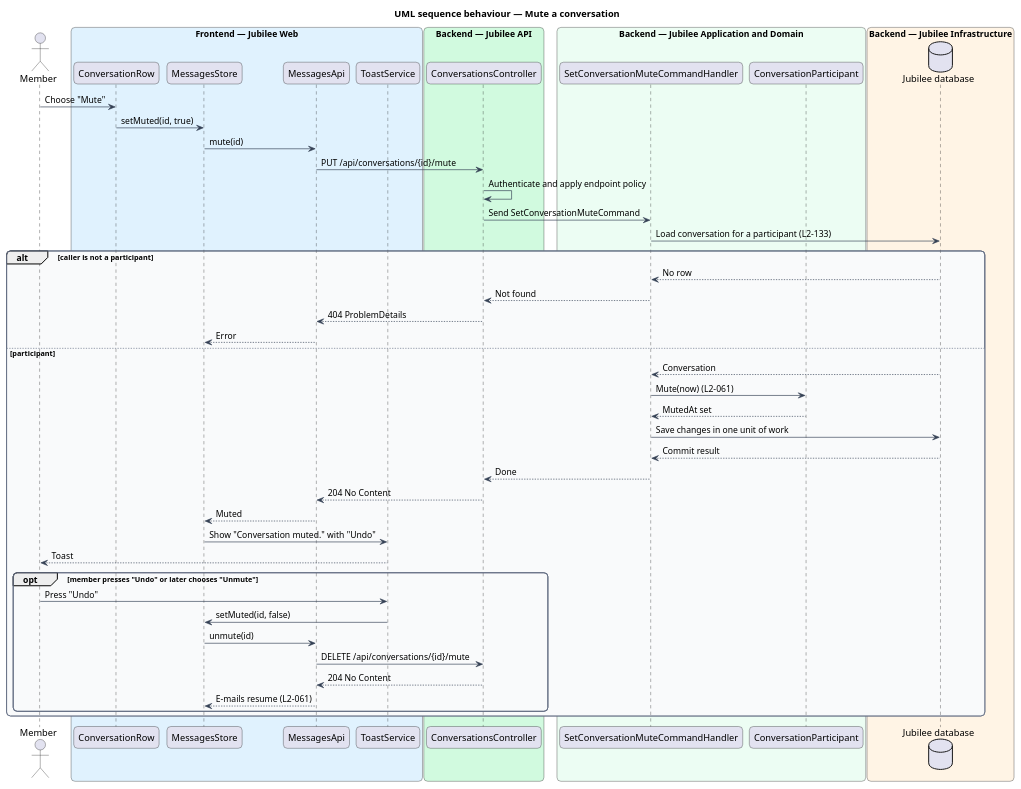
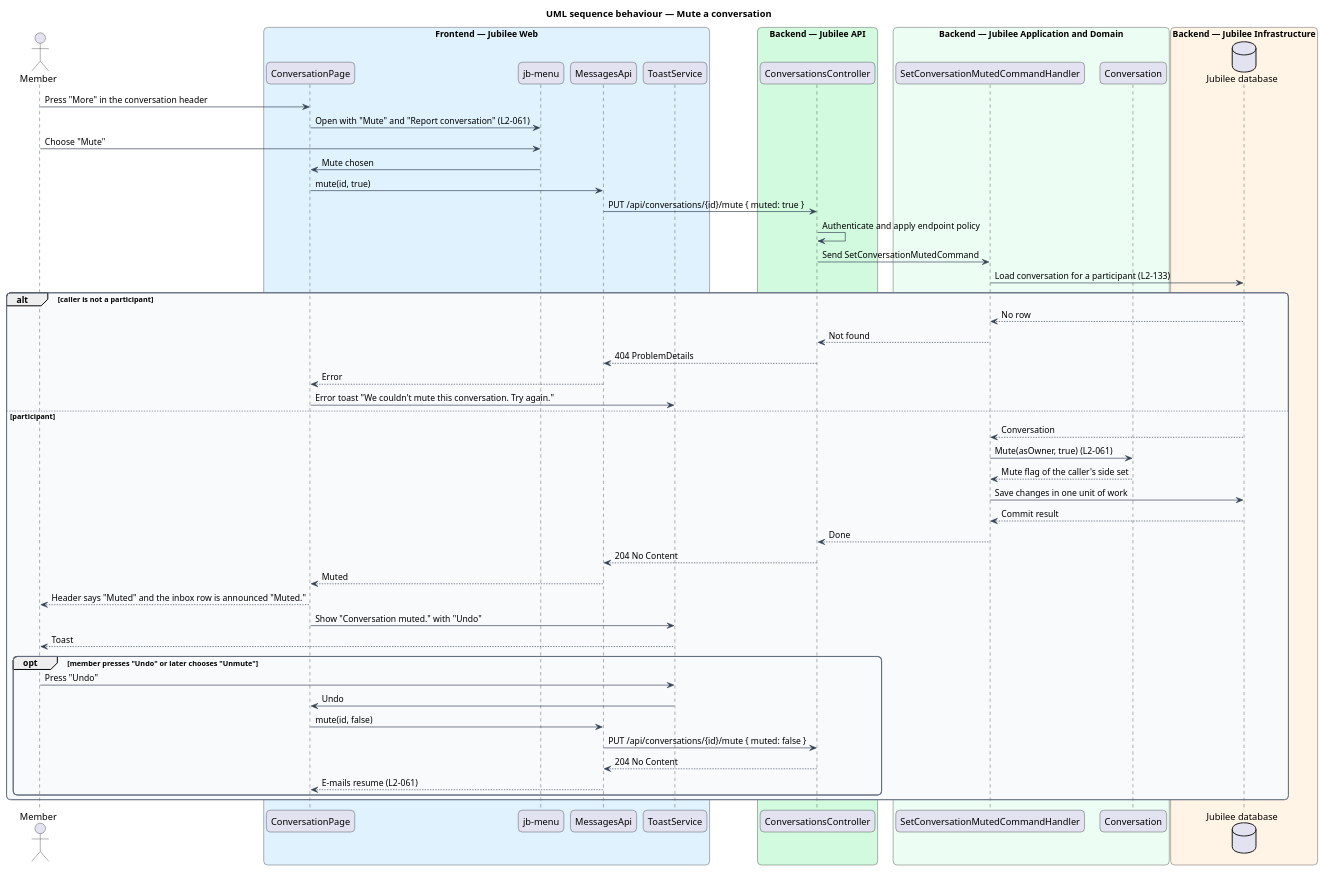
Before and after one commit to QuinntyneBrown/jubilee: the diagram in docs/detailed-designs/messaging/read-inbox/diagrams/sequence-mute-conversation.puml, drawn with PlantUML. The commit also changed 106 other files, not shown here.

```diff
--- a/docs/detailed-designs/messaging/read-inbox/diagrams/sequence-mute-conversation.puml
+++ b/docs/detailed-designs/messaging/read-inbox/diagrams/sequence-mute-conversation.puml
@@ -1,66 +1,70 @@
 @startuml
 title UML sequence behaviour — Mute a conversation
 skinparam backgroundColor #FFFFFF
 skinparam shadowing false
 skinparam roundcorner 12
 skinparam defaultFontName Arial
 skinparam ArrowColor #344054
 skinparam rectangle {
   BorderColor #344054
   FontColor #101828
 }
 skinparam package {
   BorderColor #667085
   FontColor #101828
   BackgroundColor #F9FAFB
 }
 actor "Member" as member
 box "Frontend — Jubilee Web" #E0F2FE
-  participant "ConversationRow" as row
-  participant "MessagesStore" as store
+  participant "ConversationPage" as page
+  participant "jb-menu" as menu
   participant "MessagesApi" as client
   participant "ToastService" as toast
 end box
 box "Backend — Jubilee API" #D1FADF
   participant "ConversationsController" as controller
 end box
 box "Backend — Jubilee Application and Domain" #ECFDF3
-  participant "SetConversationMuteCommandHandler" as handler
-  participant "ConversationParticipant" as entity
+  participant "SetConversationMutedCommandHandler" as handler
+  participant "Conversation" as entity
 end box
 box "Backend — Jubilee Infrastructure" #FFF4E5
   database "Jubilee database" as db
 end box
-member -> row : Choose "Mute"
-row -> store : setMuted(id, true)
-store -> client : mute(id)
-client -> controller : PUT /api/conversations/{id}/mute
+member -> page : Press "More" in the conversation header
+page -> menu : Open with "Mute" and "Report conversation" (L2-061)
+member -> menu : Choose "Mute"
+menu -> page : Mute chosen
+page -> client : mute(id, true)
+client -> controller : PUT /api/conversations/{id}/mute { muted: true }
 controller -> controller : Authenticate and apply endpoint policy
-controller -> handler : Send SetConversationMuteCommand
+controller -> handler : Send SetConversationMutedCommand
 handler -> db : Load conversation for a participant (L2-133)
 alt caller is not a participant
   db --> handler : No row
   handler --> controller : Not found
   controller --> client : 404 ProblemDetails
-  client --> store : Error
+  client --> page : Error
+  page -> toast : Error toast "We couldn't mute this conversation. Try again."
 else participant
   db --> handler : Conversation
-  handler -> entity : Mute(now) (L2-061)
-  entity --> handler : MutedAt set
+  handler -> entity : Mute(asOwner, true) (L2-061)
+  entity --> handler : Mute flag of the caller's side set
   handler -> db : Save changes in one unit of work
   db --> handler : Commit result
   handler --> controller : Done
   controller --> client : 204 No Content
-  client --> store : Muted
-  store -> toast : Show "Conversation muted." with "Undo"
+  client --> page : Muted
+  page --> member : Header says "Muted" and the inbox row is announced "Muted."
+  page -> toast : Show "Conversation muted." with "Undo"
   toast --> member : Toast
   opt member presses "Undo" or later chooses "Unmute"
     member -> toast : Press "Undo"
-    toast -> store : setMuted(id, false)
-    store -> client : unmute(id)
-    client -> controller : DELETE /api/conversations/{id}/mute
+    toast -> page : Undo
+    page -> client : mute(id, false)
+    client -> controller : PUT /api/conversations/{id}/mute { muted: false }
     controller --> client : 204 No Content
-    client --> store : E-mails resume (L2-061)
+    client --> page : E-mails resume (L2-061)
   end
 end
 @enduml
```
